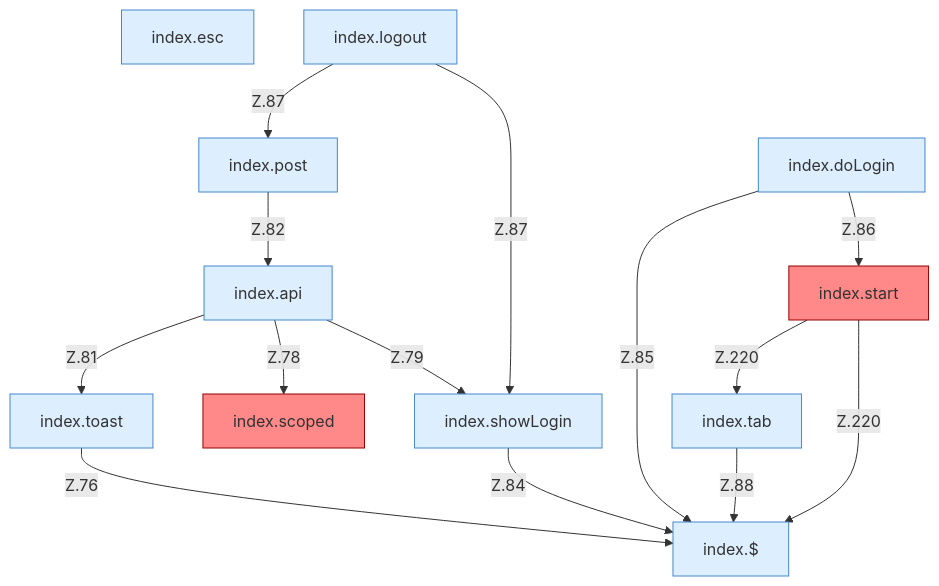
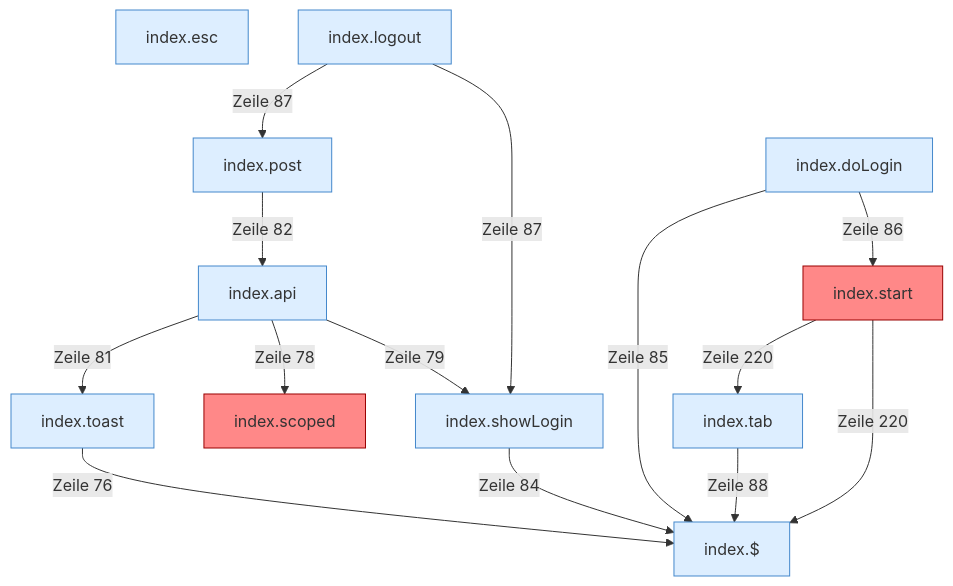
Before and after one commit to PrinceDiamant/minecraft-serverhoster-plugin: the diagram in Legacy-Sitzung.md, drawn with Mermaid. The commit also changed other lines of this file and 2005 other files, not shown here.

````diff
--- a/Legacy-Sitzung.md
+++ b/Legacy-Sitzung.md
@@ -5,31 +5,31 @@
 ```mermaid
 flowchart TD
   n1["index.$"]:::internal-link
   n2["index.toast"]:::internal-link
   n3["index.scoped"]:::internal-link
   n4["index.api"]:::internal-link
   n5["index.post"]:::internal-link
   n6["index.esc"]:::internal-link
   n7["index.showLogin"]:::internal-link
   n8["index.doLogin"]:::internal-link
   n9["index.logout"]:::internal-link
   n10["index.tab"]:::internal-link
   n11["index.start"]:::internal-link
-  n2 -->|"Z.76"| n1
-  n4 -->|"Z.78"| n3
-  n4 -->|"Z.79"| n7
-  n4 -->|"Z.81"| n2
-  n5 -->|"Z.82"| n4
-  n7 -->|"Z.84"| n1
-  n8 -->|"Z.85"| n1
-  n8 -->|"Z.86"| n11
-  n9 -->|"Z.87"| n5
-  n9 -->|"Z.87"| n7
-  n10 -->|"Z.88"| n1
-  n11 -->|"Z.220"| n1
-  n11 -->|"Z.220"| n10
+  n2 -->|"Zeile 76"| n1
+  n4 -->|"Zeile 78"| n3
+  n4 -->|"Zeile 79"| n7
+  n4 -->|"Zeile 81"| n2
+  n5 -->|"Zeile 82"| n4
+  n7 -->|"Zeile 84"| n1
+  n8 -->|"Zeile 85"| n1
+  n8 -->|"Zeile 86"| n11
+  n9 -->|"Zeile 87"| n5
+  n9 -->|"Zeile 87"| n7
+  n10 -->|"Zeile 88"| n1
+  n11 -->|"Zeile 220"| n1
+  n11 -->|"Zeile 220"| n10
   classDef internal-link fill:#ddeeff,stroke:#4488cc
   classDef befund fill:#f88
   style n3 fill:#f88,stroke:#900
   style n11 fill:#f88,stroke:#900
 ```
````
